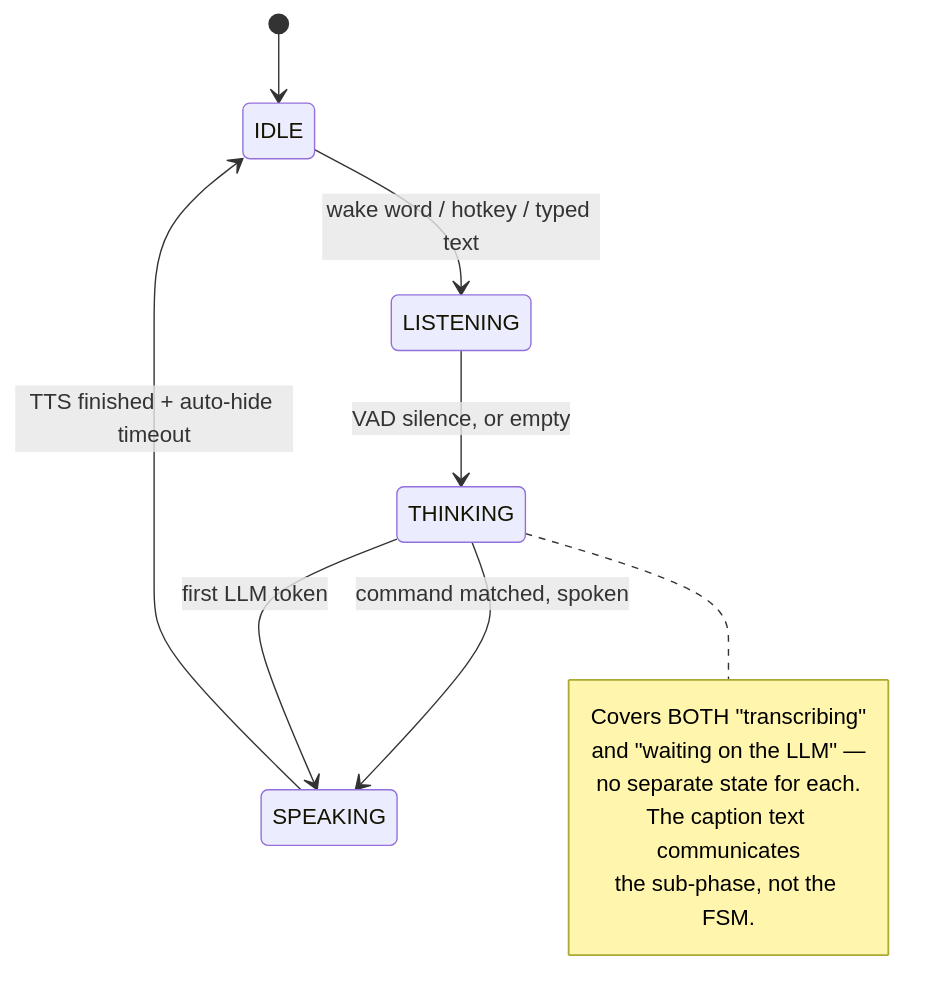
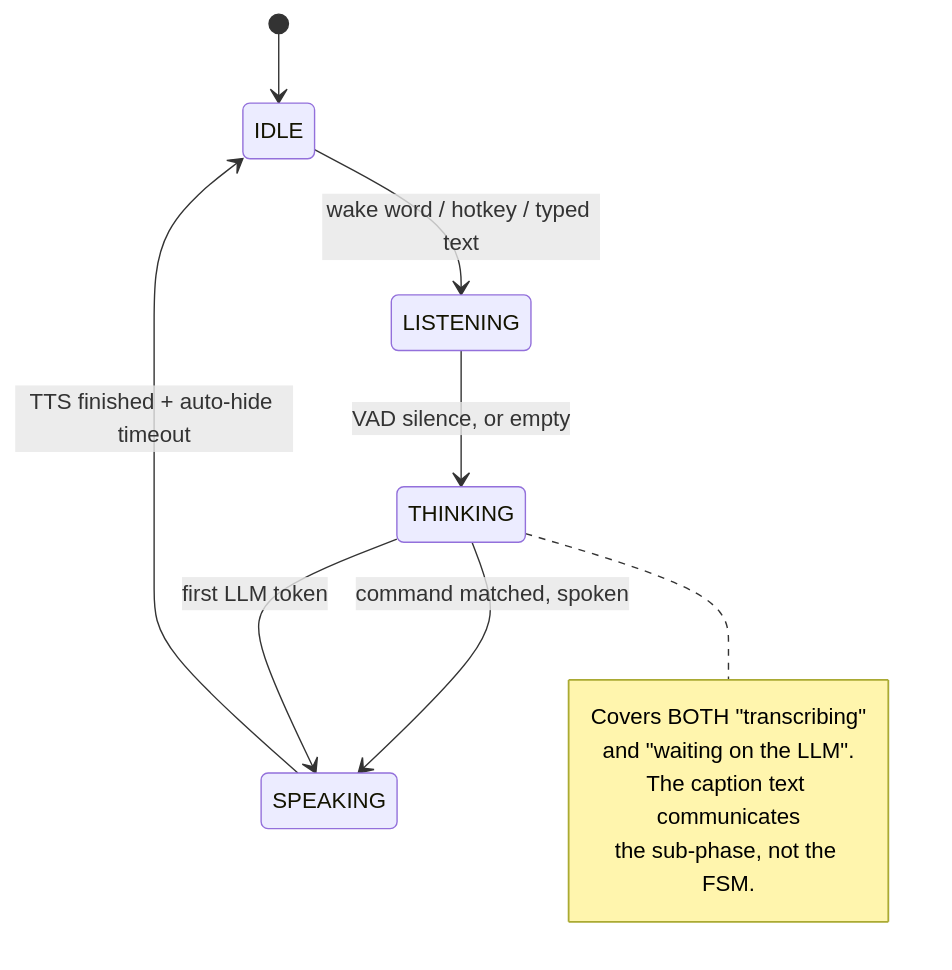
The third of 10 diagrams in docs/ARCHITECTURE.md (sametgurtuna/SAM), drawn with Mermaid before and after one commit. The commit also changed other lines of this file and 21 other files, not shown here.

````diff
--- a/docs/ARCHITECTURE.md
+++ b/docs/ARCHITECTURE.md
@@ -110,17 +109,16 @@
 ```mermaid
 stateDiagram-v2
     [*] --> IDLE
     IDLE --> LISTENING: wake word / hotkey / typed text
     LISTENING --> THINKING: VAD silence, or empty
     THINKING --> SPEAKING: command matched, spoken
     THINKING --> SPEAKING: first LLM token
     SPEAKING --> IDLE: TTS finished + auto-hide timeout
 
     note right of THINKING
         Covers BOTH "transcribing"
-        and "waiting on the LLM" —
-        no separate state for each.
+        and "waiting on the LLM".
         The caption text communicates
         the sub-phase, not the FSM.
     end note
 ```
````
